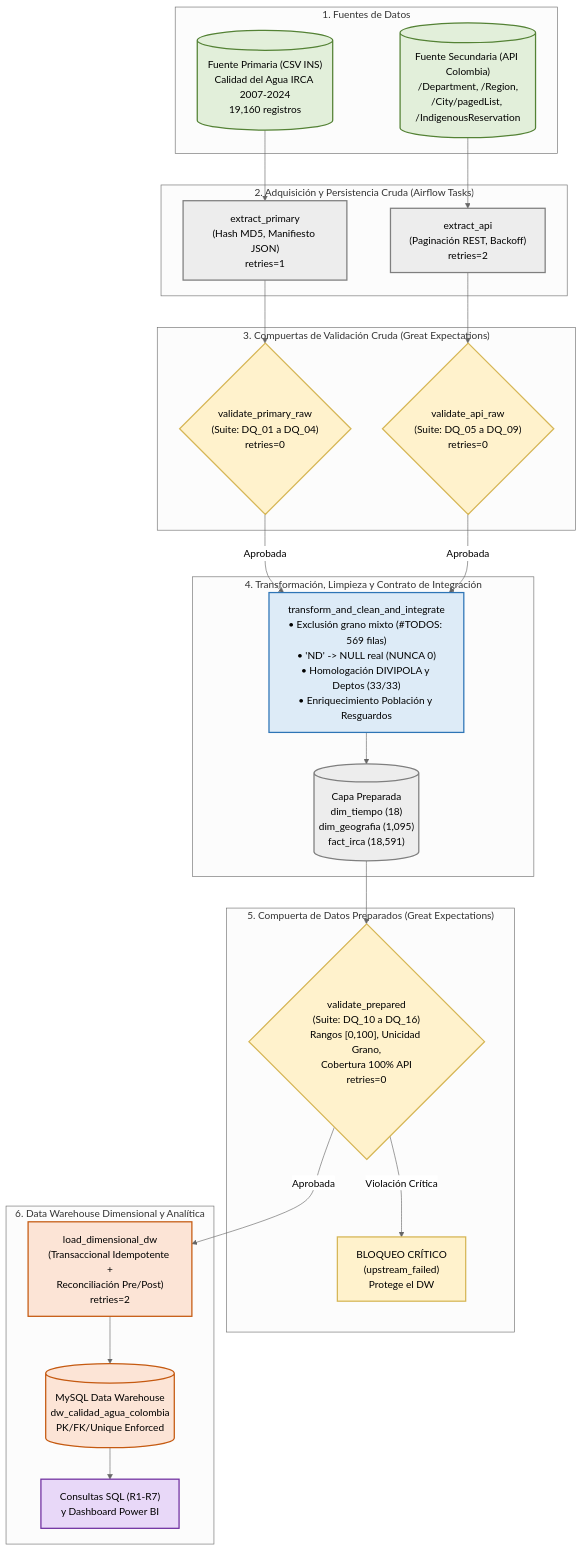
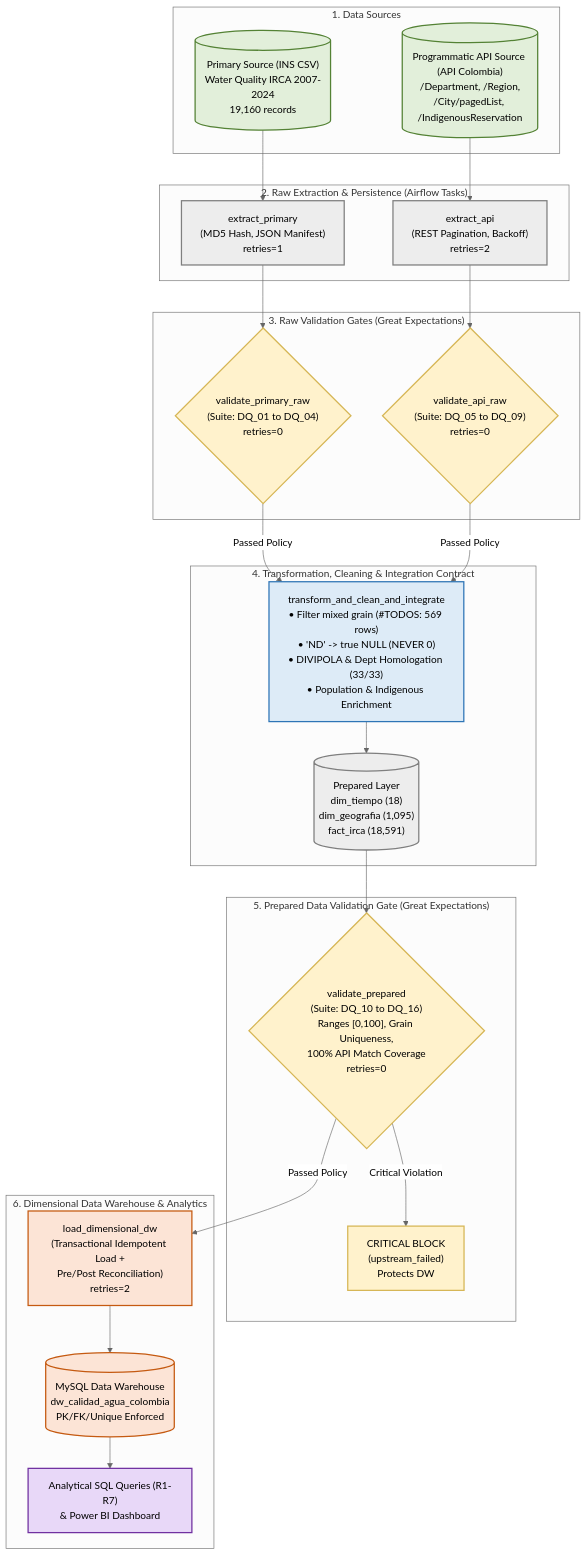
One commit to Big2Welker/Project2ETLSVG changed the second of 3 diagrams in README.md. Above: the diagram before and after it, drawn with Mermaid (neutral theme). The commit also changed other lines of this file and 1 other file, not shown here.

Commit message:
Add primary English README.md and preserve Spanish README_es.md

````diff
--- a/README.md
+++ b/README.md
@@ -108,48 +110,48 @@
 ```mermaid
 flowchart TB
     classDef source fill:#E2EFDA,stroke:#548235,stroke-width:2px,color:black
     classDef raw fill:#EDEDED,stroke:#7F7F7F,stroke-width:2px,color:black
     classDef gate fill:#FFF2CC,stroke:#D6B656,stroke-width:2px,color:black
     classDef transform fill:#DDEBF7,stroke:#2E75B6,stroke-width:2px,color:black
     classDef dw fill:#FCE4D6,stroke:#C55A11,stroke-width:2px,color:black
     classDef bi fill:#E8D8F8,stroke:#7030A0,stroke-width:2px,color:black
 
-    subgraph FUENTES["1. Fuentes de Datos"]
-        CSV[("Fuente Primaria (CSV INS)\nCalidad del Agua IRCA 2007-2024\n19,160 registros")]:::source
-        API[("Fuente Secundaria (API Colombia)\n/Department, /Region,\n/City/pagedList, /IndigenousReservation")]:::source
+    subgraph SOURCES["1. Data Sources"]
+        CSV[("Primary Source (INS CSV)\nWater Quality IRCA 2007-2024\n19,160 records")]:::source
+        API[("Programmatic API Source (API Colombia)\n/Department, /Region,\n/City/pagedList, /IndigenousReservation")]:::source
     end
 
-    subgraph EXTRACCION["2. Adquisición y Persistencia Cruda (Airflow Tasks)"]
-        EXT_P["extract_primary\n(Hash MD5, Manifiesto JSON)\nretries=1"]:::raw
-        EXT_A["extract_api\n(Paginación REST, Backoff)\nretries=2"]:::raw
+    subgraph EXTRACTION["2. Raw Extraction & Persistence (Airflow Tasks)"]
+        EXT_P["extract_primary\n(MD5 Hash, JSON Manifest)\nretries=1"]:::raw
+        EXT_A["extract_api\n(REST Pagination, Backoff)\nretries=2"]:::raw
     end
 
-    subgraph COMPUERTAS_RAW["3. Compuertas de Validación Cruda (Great Expectations)"]
-        GATE1{"validate_primary_raw\n(Suite: DQ_01 a DQ_04)\nretries=0"}:::gate
-        GATE2{"validate_api_raw\n(Suite: DQ_05 a DQ_09)\nretries=0"}:::gate
+    subgraph RAW_GATES["3. Raw Validation Gates (Great Expectations)"]
+        GATE1{"validate_primary_raw\n(Suite: DQ_01 to DQ_04)\nretries=0"}:::gate
+        GATE2{"validate_api_raw\n(Suite: DQ_05 to DQ_09)\nretries=0"}:::gate
     end
 
-    subgraph TRANSFORMACION["4. Transformación, Limpieza y Contrato de Integración"]
-        TRANS["transform_and_clean_and_integrate\n• Exclusión grano mixto (#TODOS: 569 filas)\n• 'ND' -> NULL real (NUNCA 0)\n• Homologación DIVIPOLA y Deptos (33/33)\n• Enriquecimiento Población y Resguardos"]:::transform
-        PREP[("Capa Preparada\ndim_tiempo (18)\ndim_geografia (1,095)\nfact_irca (18,591)")]:::raw
+    subgraph TRANSFORMATION["4. Transformation, Cleaning & Integration Contract"]
+        TRANS["transform_and_clean_and_integrate\n• Filter mixed grain (#TODOS: 569 rows)\n• 'ND' -> true NULL (NEVER 0)\n• DIVIPOLA & Dept Homologation (33/33)\n• Population & Indigenous Enrichment"]:::transform
+        PREP[("Prepared Layer\ndim_tiempo (18)\ndim_geografia (1,095)\nfact_irca (18,591)")]:::raw
     end
 
-    subgraph COMPUERTA_PREP["5. Compuerta de Datos Preparados (Great Expectations)"]
-        GATE3{"validate_prepared\n(Suite: DQ_10 a DQ_16)\nRangos [0,100], Unicidad Grano,\nCobertura 100% API\nretries=0"}:::gate
-        STOP["BLOQUEO CRÍTICO\n(upstream_failed)\nProtege el DW"]:::gate
+    subgraph PREP_GATE["5. Prepared Data Validation Gate (Great Expectations)"]
+        GATE3{"validate_prepared\n(Suite: DQ_10 to DQ_16)\nRanges [0,100], Grain Uniqueness,\n100% API Match Coverage\nretries=0"}:::gate
+        STOP["CRITICAL BLOCK\n(upstream_failed)\nProtects DW"]:::gate
     end
 
-    subgraph CARGA_DW["6. Data Warehouse Dimensional y Analítica"]
-        LOAD["load_dimensional_dw\n(Transaccional Idempotente +\nReconciliación Pre/Post)\nretries=2"]:::dw
+    subgraph DW_LOAD["6. Dimensional Data Warehouse & Analytics"]
+        LOAD["load_dimensional_dw\n(Transactional Idempotent Load +\nPre/Post Reconciliation)\nretries=2"]:::dw
         MYSQL[("MySQL Data Warehouse\ndw_calidad_agua_colombia\nPK/FK/Unique Enforced")]:::dw
-        BI["Consultas SQL (R1-R7)\ny Dashboard Power BI"]:::bi
+        BI["Analytical SQL Queries (R1-R7)\n& Power BI Dashboard"]:::bi
     end
 
     CSV --> EXT_P --> GATE1
     API --> EXT_A --> GATE2
-    GATE1 -->|Aprobada| TRANS
-    GATE2 -->|Aprobada| TRANS
+    GATE1 -->|Passed Policy| TRANS
+    GATE2 -->|Passed Policy| TRANS
     TRANS --> PREP --> GATE3
-    GATE3 -->|Violación Crítica| STOP
-    GATE3 -->|Aprobada| LOAD --> MYSQL --> BI
+    GATE3 -->|Critical Violation| STOP
+    GATE3 -->|Passed Policy| LOAD --> MYSQL --> BI
 ```
````
